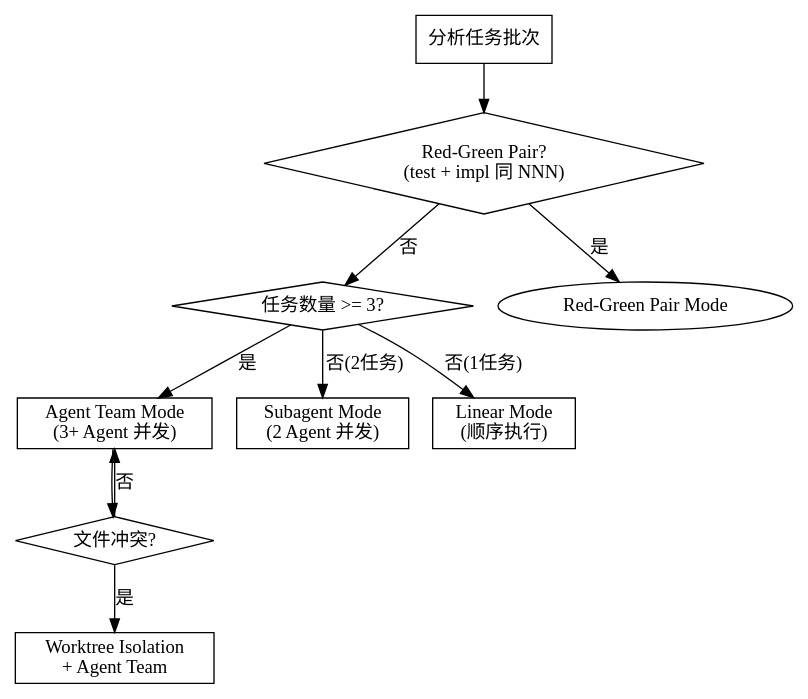
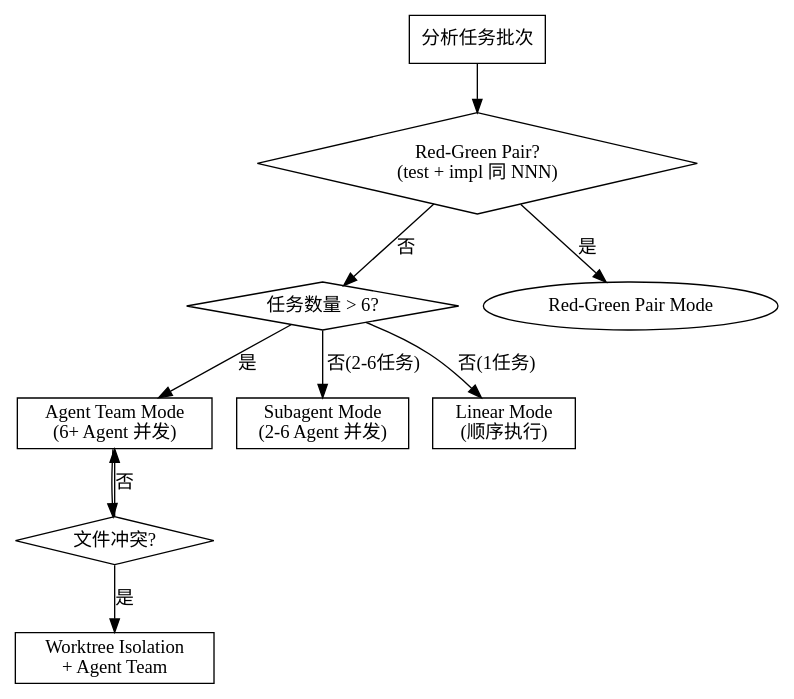
One commit to kiraxu2011/EasyCodingFlow changed the diagram in skills/ecf/references/parallel-execution.md. Above: the diagram before and after it, drawn with Graphviz. The commit also changed other lines of this file and 1 other file, not shown here.

Commit message:
refactor: adjust parallel execution thresholds for Agent Team and Subagent
Change Agent Team threshold from 3+ to 6+ tasks, Subagent range from 2
to 2-6 tasks, to better match the actual parallelism capacity.

````diff
--- a/skills/ecf/references/parallel-execution.md
+++ b/skills/ecf/references/parallel-execution.md
@@ -9,23 +9,23 @@
 ```dot
 digraph execution_mode {
     rankdir=TB;
     start [label="分析任务批次", shape=box];
     red_green [label="Red-Green Pair?\n(test + impl 同 NNN)", shape=diamond];
-    task_count [label="任务数量 >= 3?", shape=diamond];
+    task_count [label="任务数量 > 6?", shape=diamond];
     file_conflict [label="文件冲突?", shape=diamond];
-    team [label="Agent Team Mode\n(3+ Agent 并发)", shape=box];
-    subagent [label="Subagent Mode\n(2 Agent 并发)", shape=box];
+    team [label="Agent Team Mode\n(6+ Agent 并发)", shape=box];
+    subagent [label="Subagent Mode\n(2-6 Agent 并发)", shape=box];
     worktree [label="Worktree Isolation\n+ Agent Team", shape=box];
     linear [label="Linear Mode\n(顺序执行)", shape=box];
     
     start -> red_green;
     red_green -> "Red-Green Pair Mode" [label="是"];
     red_green -> task_count [label="否"];
     task_count -> team [label="是"];
-    task_count -> subagent [label="否(2任务)"];
+    task_count -> subagent [label="否(2-6任务)"];
     task_count -> linear [label="否(1任务)"];
     team -> file_conflict;
     file_conflict -> worktree [label="是"];
     file_conflict -> team [label="否"];
 }
 ```
````
